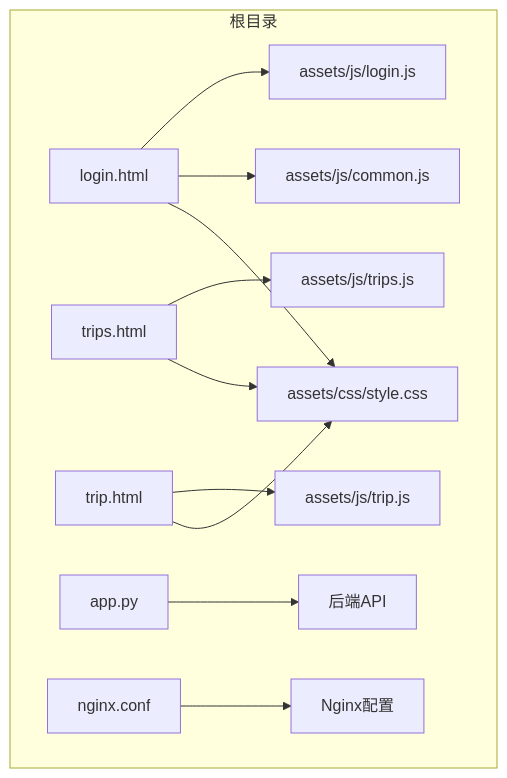
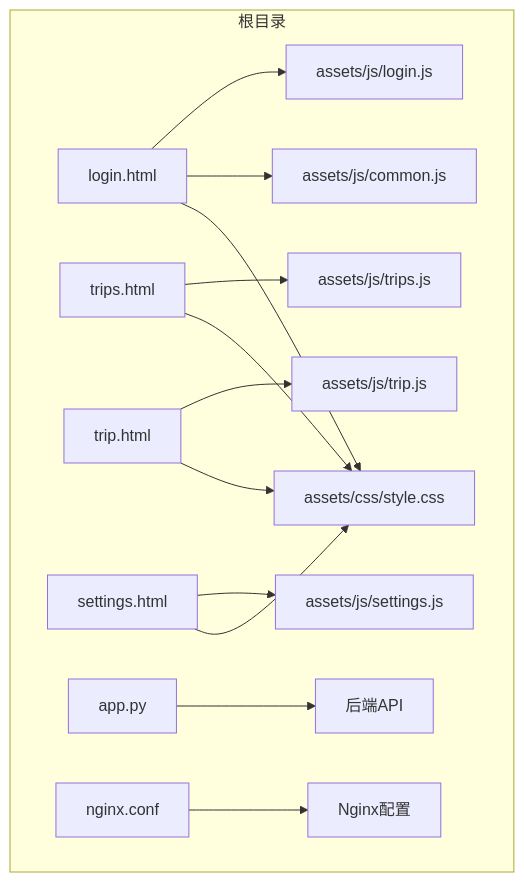
Before and after one commit to louyinmin/recorded: the first of 17 diagrams in .qoder/repowiki/zh/content/前端页面详解/前端页面详解.md, drawn with Mermaid. The commit also changed other lines of this file and 6 other files, not shown here.

````diff
--- a/.qoder/repowiki/zh/content/前端页面详解/前端页面详解.md
+++ b/.qoder/repowiki/zh/content/前端页面详解/前端页面详解.md
@@ -36,14 +38,16 @@
 ```mermaid
 graph TB
 subgraph "根目录"
 A[login.html] --> D[assets/css/style.css]
 B[trips.html] --> D
 C[trip.html] --> D
-A --> E[assets/js/common.js]
-A --> F[assets/js/login.js]
-B --> G[assets/js/trips.js]
-C --> H[assets/js/trip.js]
-I[app.py] --> J[后端API]
-K[nginx.conf] --> L[Nginx配置]
+E[settings.html] --> D
+A --> F[assets/js/common.js]
+A --> G[assets/js/login.js]
+B --> H[assets/js/trips.js]
+C --> I[assets/js/trip.js]
+E --> J[assets/js/settings.js]
+K[app.py] --> L[后端API]
+M[nginx.conf] --> N[Nginx配置]
 end
 ```
````
